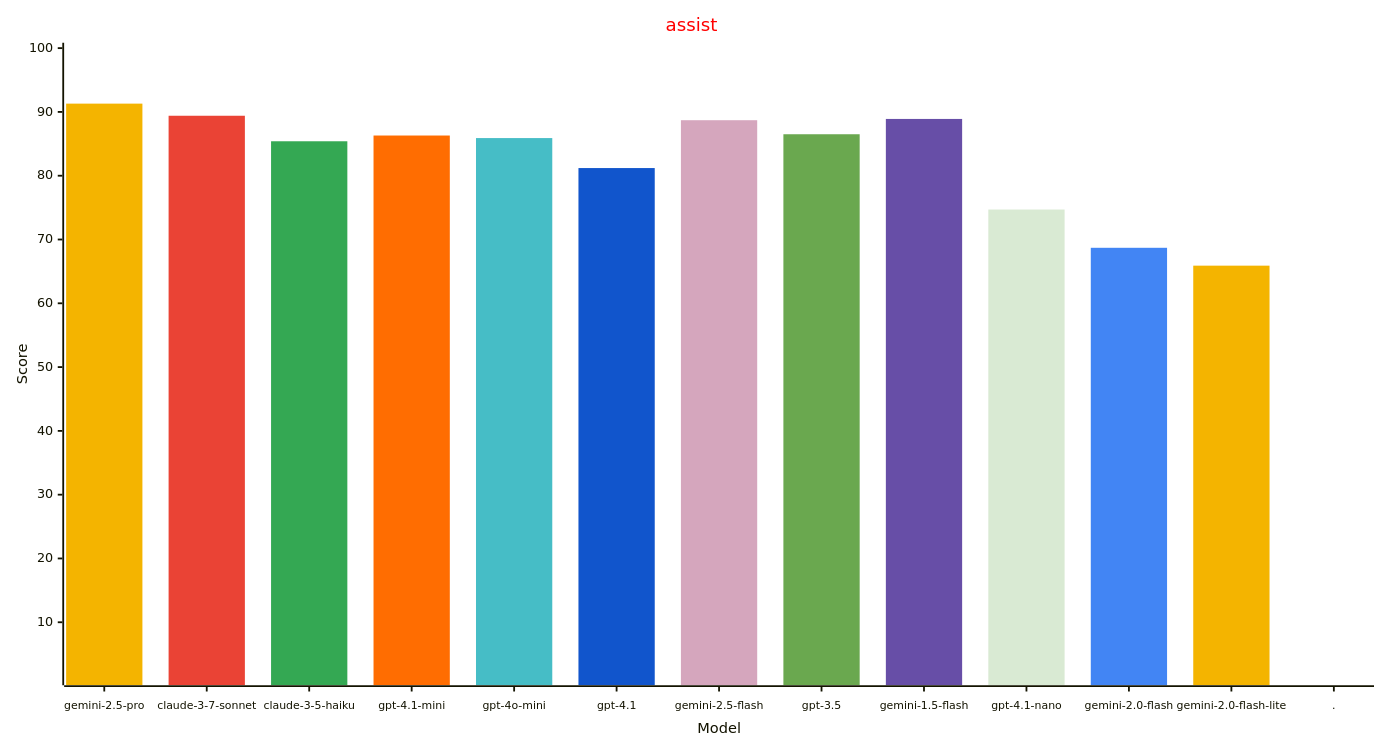
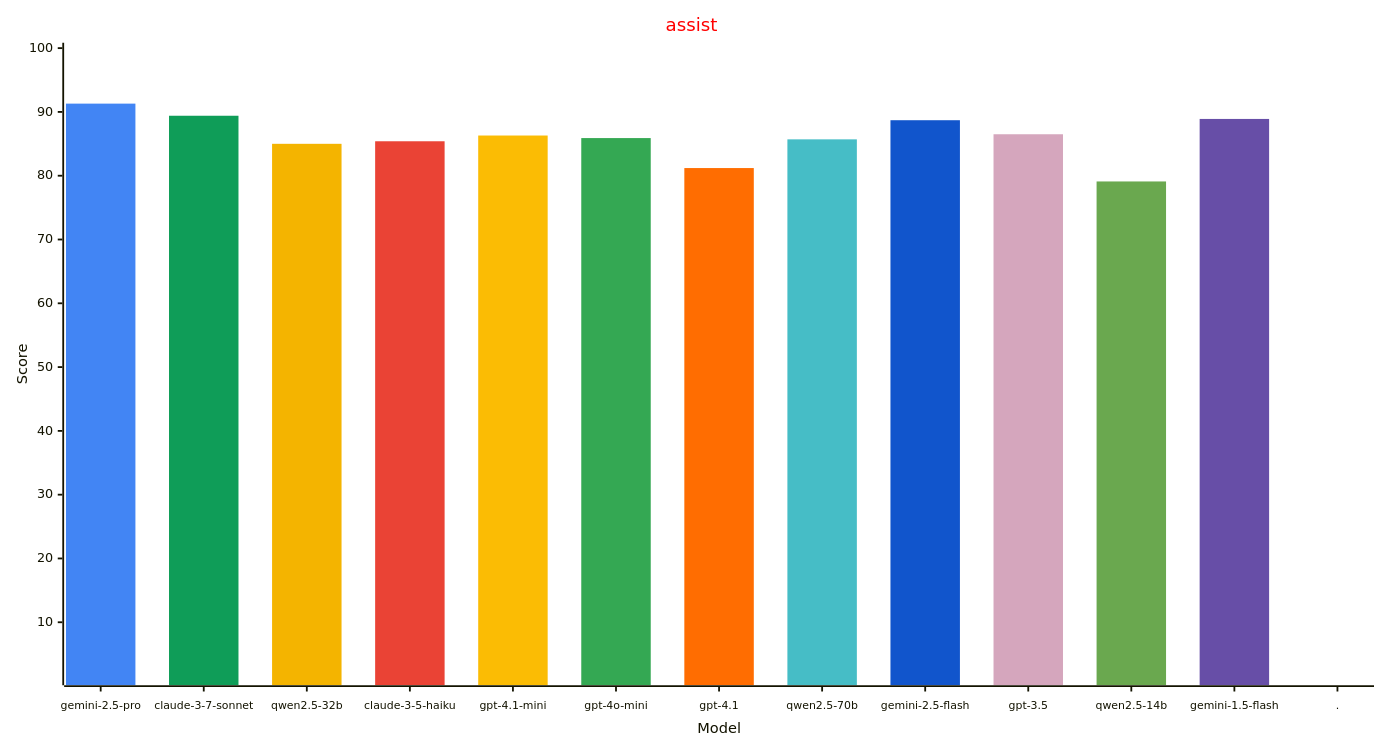
One commit to allenporter/home-assistant-datasets changed the first of 4 diagrams in reports/README.md. Above: the diagram before and after it, drawn with Mermaid. The commit also changed other lines of this file, not shown here.

````diff
--- a/reports/README.md
+++ b/reports/README.md
@@ -46,33 +47,33 @@
 ```mermaid
 ---
 config:
     xyChart:
         width: 1500
         height: 800
         xAxis:
           labelFontSize: 12
           labelPadding: 8
     themeVariables:
         xyChart:
             titleColor: "#ff0000"
-            plotColorPalette: "#f4b400, #ea4335, #34a853, #ff6d01, #46bdc6, #1155cc, #d5a6bd, #6aa84f, #674ea7, #d9ead3, #4285f4, #f4b400, #4285f4"
+            plotColorPalette: "#4285f4, #0f9d58, #f4b400, #ea4335, #fbbc04, #34a853, #ff6d01, #46bdc6, #1155cc, #d5a6bd, #6aa84f, #674ea7, #4285f4"
 
 ---
 xychart-beta
   title "assist"
-  x-axis "Model" [gemini-2.5-pro, claude-3-7-sonnet, claude-3-5-haiku, gpt-4.1-mini, gpt-4o-mini, gpt-4.1, gemini-2.5-flash, gpt-3.5, gemini-1.5-flash, gpt-4.1-nano, gemini-2.0-flash, gemini-2.0-flash-lite, .]
+  x-axis "Model" [gemini-2.5-pro, claude-3-7-sonnet, qwen2.5-32b, claude-3-5-haiku, gpt-4.1-mini, gpt-4o-mini, gpt-4.1, qwen2.5-70b, gemini-2.5-flash, gpt-3.5, qwen2.5-14b, gemini-1.5-flash, .]
   y-axis "Score" 1 --> 100
   bar [91.3, 0.0, 0.0, 0.0, 0.0, 0.0, 0.0, 0.0, 0.0, 0.0, 0.0, 0.0, 0.0]
   bar [0.0, 89.4, 0.0, 0.0, 0.0, 0.0, 0.0, 0.0, 0.0, 0.0, 0.0, 0.0, 0.0]
-  bar [0.0, 0.0, 85.4, 0.0, 0.0, 0.0, 0.0, 0.0, 0.0, 0.0, 0.0, 0.0, 0.0]
-  bar [0.0, 0.0, 0.0, 86.3, 0.0, 0.0, 0.0, 0.0, 0.0, 0.0, 0.0, 0.0, 0.0]
-  bar [0.0, 0.0, 0.0, 0.0, 85.9, 0.0, 0.0, 0.0, 0.0, 0.0, 0.0, 0.0, 0.0]
-  bar [0.0, 0.0, 0.0, 0.0, 0.0, 81.2, 0.0, 0.0, 0.0, 0.0, 0.0, 0.0, 0.0]
-  bar [0.0, 0.0, 0.0, 0.0, 0.0, 0.0, 88.7, 0.0, 0.0, 0.0, 0.0, 0.0, 0.0]
-  bar [0.0, 0.0, 0.0, 0.0, 0.0, 0.0, 0.0, 86.5, 0.0, 0.0, 0.0, 0.0, 0.0]
-  bar [0.0, 0.0, 0.0, 0.0, 0.0, 0.0, 0.0, 0.0, 88.9, 0.0, 0.0, 0.0, 0.0]
-  bar [0.0, 0.0, 0.0, 0.0, 0.0, 0.0, 0.0, 0.0, 0.0, 74.7, 0.0, 0.0, 0.0]
-  bar [0.0, 0.0, 0.0, 0.0, 0.0, 0.0, 0.0, 0.0, 0.0, 0.0, 68.7, 0.0, 0.0]
-  bar [0.0, 0.0, 0.0, 0.0, 0.0, 0.0, 0.0, 0.0, 0.0, 0.0, 0.0, 65.9, 0.0]
+  bar [0.0, 0.0, 85.0, 0.0, 0.0, 0.0, 0.0, 0.0, 0.0, 0.0, 0.0, 0.0, 0.0]
+  bar [0.0, 0.0, 0.0, 85.4, 0.0, 0.0, 0.0, 0.0, 0.0, 0.0, 0.0, 0.0, 0.0]
+  bar [0.0, 0.0, 0.0, 0.0, 86.3, 0.0, 0.0, 0.0, 0.0, 0.0, 0.0, 0.0, 0.0]
+  bar [0.0, 0.0, 0.0, 0.0, 0.0, 85.9, 0.0, 0.0, 0.0, 0.0, 0.0, 0.0, 0.0]
+  bar [0.0, 0.0, 0.0, 0.0, 0.0, 0.0, 81.2, 0.0, 0.0, 0.0, 0.0, 0.0, 0.0]
+  bar [0.0, 0.0, 0.0, 0.0, 0.0, 0.0, 0.0, 85.7, 0.0, 0.0, 0.0, 0.0, 0.0]
+  bar [0.0, 0.0, 0.0, 0.0, 0.0, 0.0, 0.0, 0.0, 88.7, 0.0, 0.0, 0.0, 0.0]
+  bar [0.0, 0.0, 0.0, 0.0, 0.0, 0.0, 0.0, 0.0, 0.0, 86.5, 0.0, 0.0, 0.0]
+  bar [0.0, 0.0, 0.0, 0.0, 0.0, 0.0, 0.0, 0.0, 0.0, 0.0, 79.1, 0.0, 0.0]
+  bar [0.0, 0.0, 0.0, 0.0, 0.0, 0.0, 0.0, 0.0, 0.0, 0.0, 0.0, 88.9, 0.0]
   bar [0.0, 0.0, 0.0, 0.0, 0.0, 0.0, 0.0, 0.0, 0.0, 0.0, 0.0, 0.0, -1.0]
 ```
````
